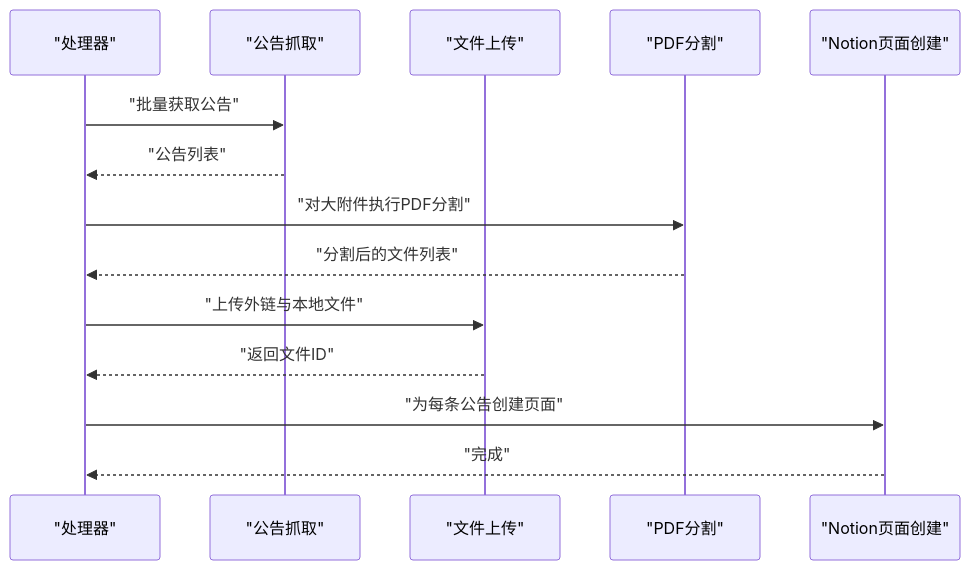
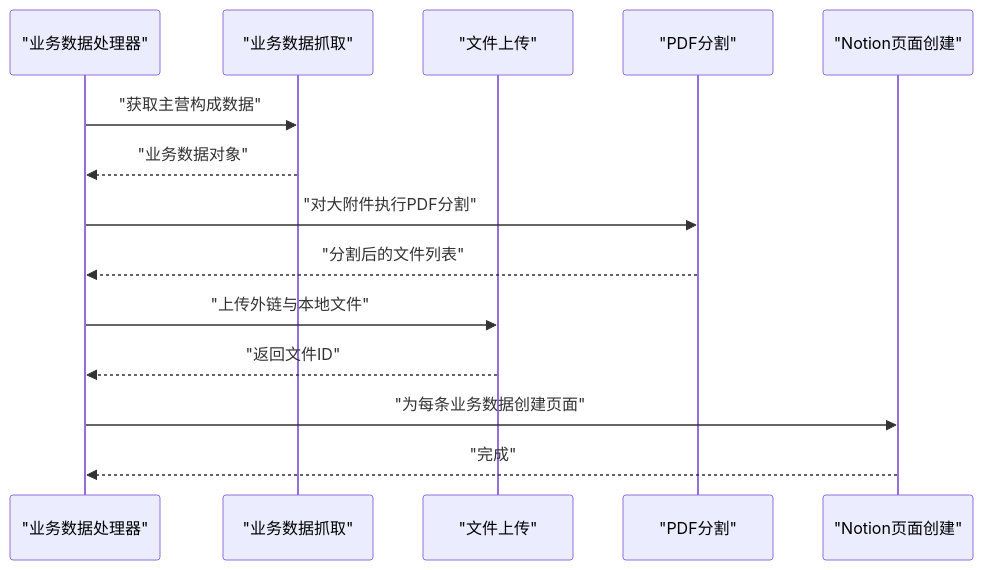
One commit to iverwong/DataLife changed the second of 5 diagrams in .qoder/repowiki/zh/content/测试策略/测试策略.md. Above: the diagram before and after it, drawn with Mermaid. The commit also changed other lines of this file and 14 other files, not shown here.

````diff
--- a/.qoder/repowiki/zh/content/测试策略/测试策略.md
+++ b/.qoder/repowiki/zh/content/测试策略/测试策略.md
@@ -131,16 +121,16 @@
 ```mermaid
 sequenceDiagram
-participant P as "处理器"
-participant A as "公告抓取"
+participant P as "业务数据处理器"
+participant A as "业务数据抓取"
 participant U as "文件上传"
 participant F as "PDF分割"
 participant N as "Notion页面创建"
-P->>A : "批量获取公告"
-A-->>P : "公告列表"
+P->>A : "获取主营构成数据"
+A-->>P : "业务数据对象"
 P->>F : "对大附件执行PDF分割"
 F-->>P : "分割后的文件列表"
 P->>U : "上传外链与本地文件"
 U-->>P : "返回文件ID"
-P->>N : "为每条公告创建页面"
+P->>N : "为每条业务数据创建页面"
 N-->>P : "完成"
 ```
````
